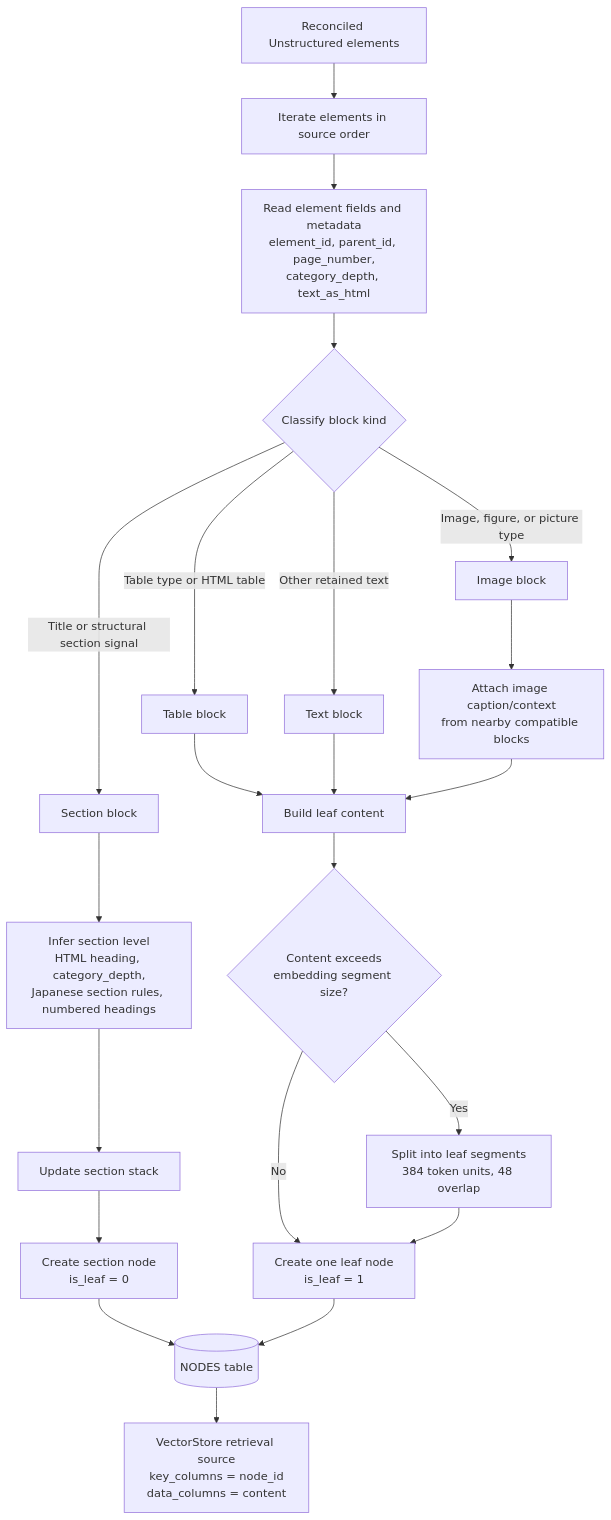
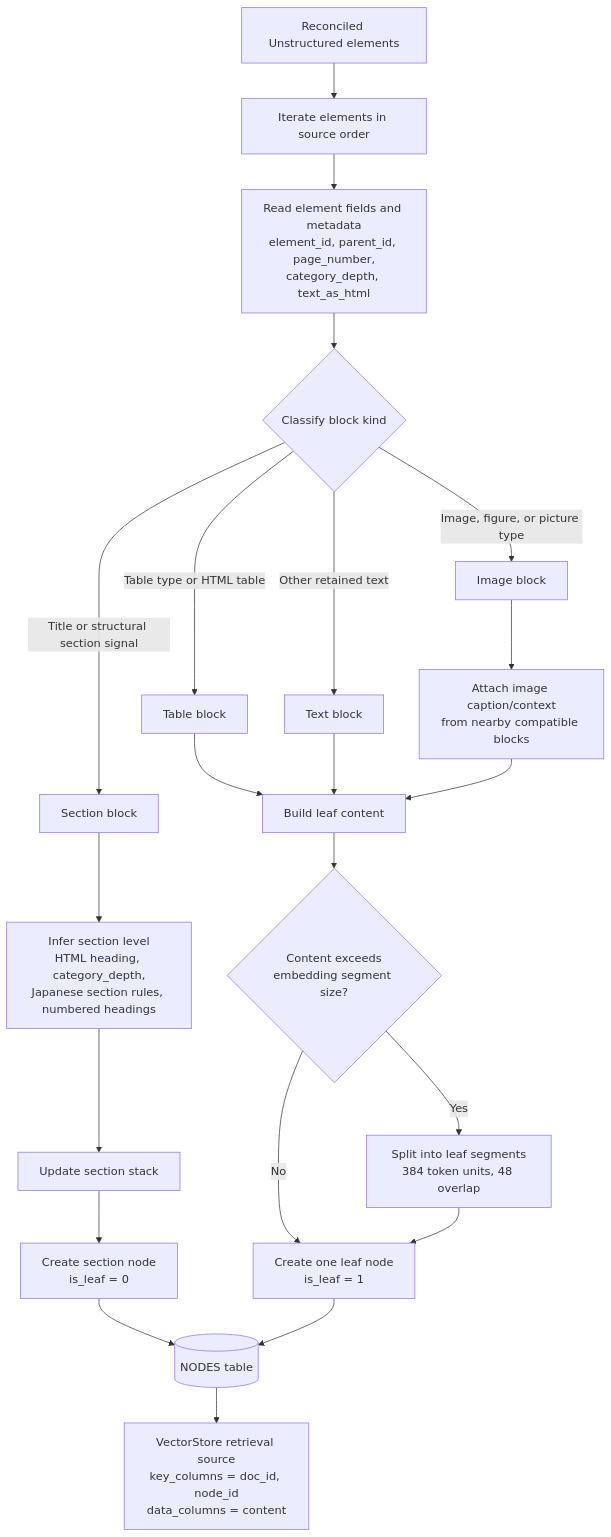
Before and after one commit to xuhaibintd/EVSUI: the third of 4 diagrams in docs/bookrag_pipeline_diagram.md, drawn with Mermaid. The commit also changed other lines of this file and 1 other file, not shown here.

Commit message:
Document overall EVSUI architecture

````diff
--- a/docs/bookrag_pipeline_diagram.md
+++ b/docs/bookrag_pipeline_diagram.md
@@ -161,29 +173,29 @@
 ```mermaid
 flowchart TD
     A[Reconciled Unstructured elements] --> B[Iterate elements in source order]
     B --> C[Read element fields and metadata<br/>element_id, parent_id, page_number,<br/>category_depth, text_as_html]
 
     C --> D{Classify block kind}
     D -->|Title or structural section signal| SEC[Section block]
     D -->|Table type or HTML table| TAB[Table block]
     D -->|Image, figure, or picture type| IMG[Image block]
     D -->|Other retained text| TXT[Text block]
 
     SEC --> LVL[Infer section level<br/>HTML heading, category_depth,<br/>Japanese section rules, numbered headings]
     LVL --> STACK[Update section stack]
     STACK --> SEC_NODE[Create section node<br/>is_leaf = 0]
 
     TAB --> LEAF_CONTENT[Build leaf content]
     TXT --> LEAF_CONTENT
     IMG --> IMG_CTX[Attach image caption/context<br/>from nearby compatible blocks]
     IMG_CTX --> LEAF_CONTENT
 
     LEAF_CONTENT --> LONG{Content exceeds<br/>embedding segment size?}
     LONG -->|No| LEAF_NODE[Create one leaf node<br/>is_leaf = 1]
     LONG -->|Yes| SEGMENT[Split into leaf segments<br/>384 token units, 48 overlap]
     SEGMENT --> LEAF_NODE
 
     SEC_NODE --> NODE_TABLE[(NODES table)]
     LEAF_NODE --> NODE_TABLE
-    NODE_TABLE --> VECTOR[VectorStore retrieval source<br/>key_columns = node_id<br/>data_columns = content]
+    NODE_TABLE --> VECTOR[VectorStore retrieval source<br/>key_columns = doc_id, node_id<br/>data_columns = content]
 ```
````
